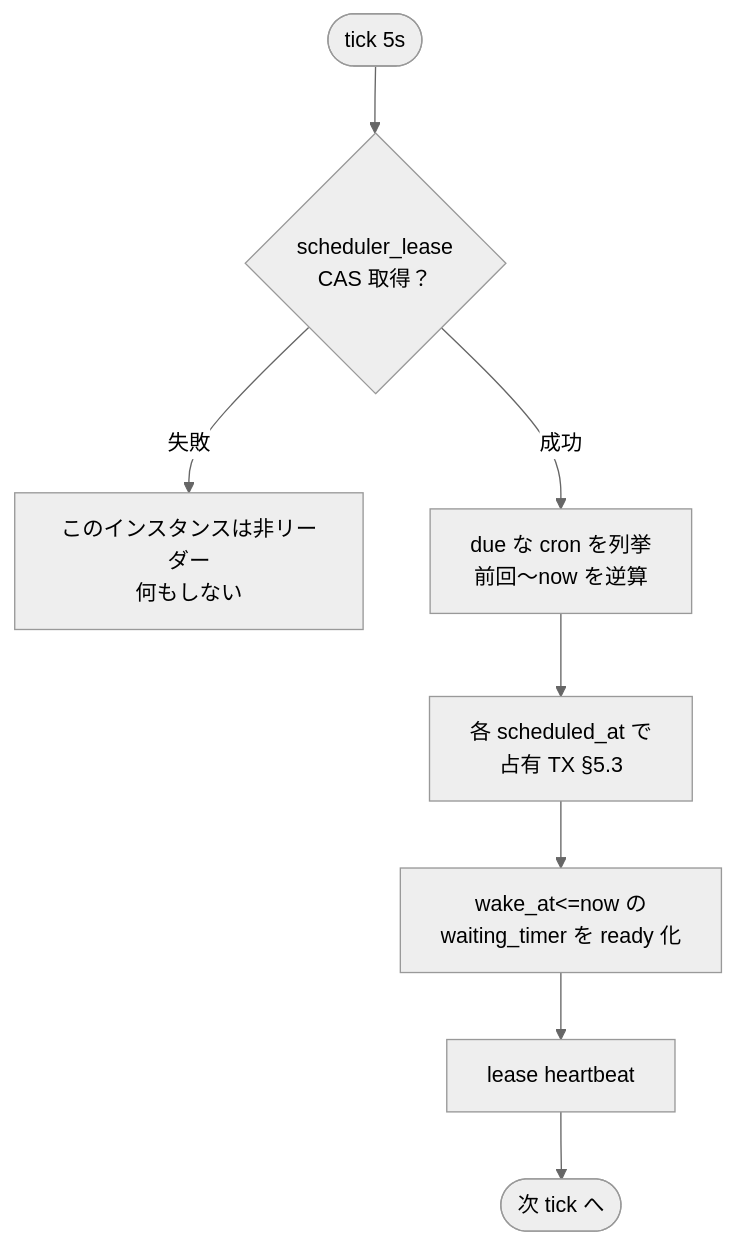
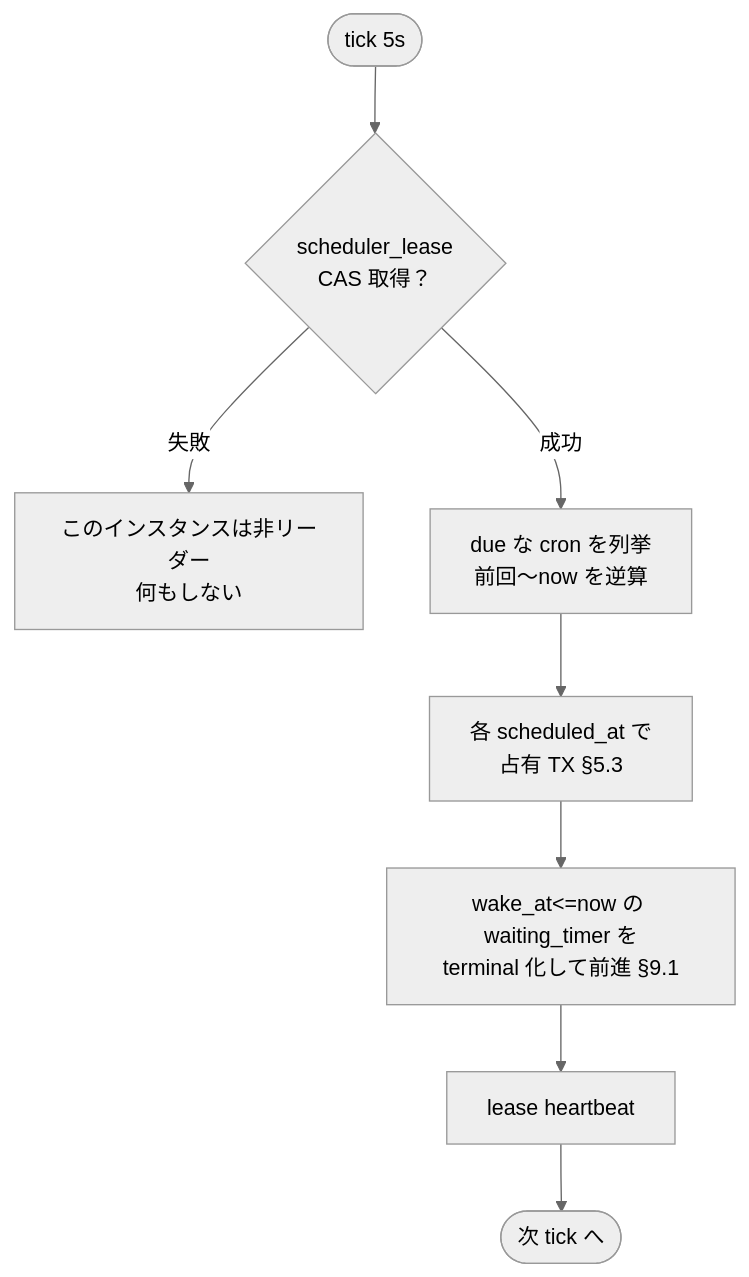
The fourth of 4 diagrams in docs/workflow/engine.md (imanect-labs/shiki-platform), drawn with Mermaid (neutral theme) before and after one commit. The commit also changed other lines of this file and 2 other files, not shown here.

````diff
--- a/docs/workflow/engine.md
+++ b/docs/workflow/engine.md
@@ -432,10 +443,10 @@
 ```mermaid
 flowchart TB
     START([tick 5s]) --> CAS{scheduler_lease<br/>CAS 取得？}
     CAS -- 失敗 --> IDLE[このインスタンスは非リーダー<br/>何もしない]
     CAS -- 成功 --> CRON[due な cron を列挙<br/>前回〜now を逆算]
     CRON --> OCC[各 scheduled_at で<br/>占有 TX §5.3]
-    OCC --> TIMER[wake_at<=now の<br/>waiting_timer を ready 化]
+    OCC --> TIMER[wake_at<=now の waiting_timer を<br/>terminal 化して前進 §9.1]
     TIMER --> HB[lease heartbeat]
     HB --> END([次 tick へ])
 ```
````
